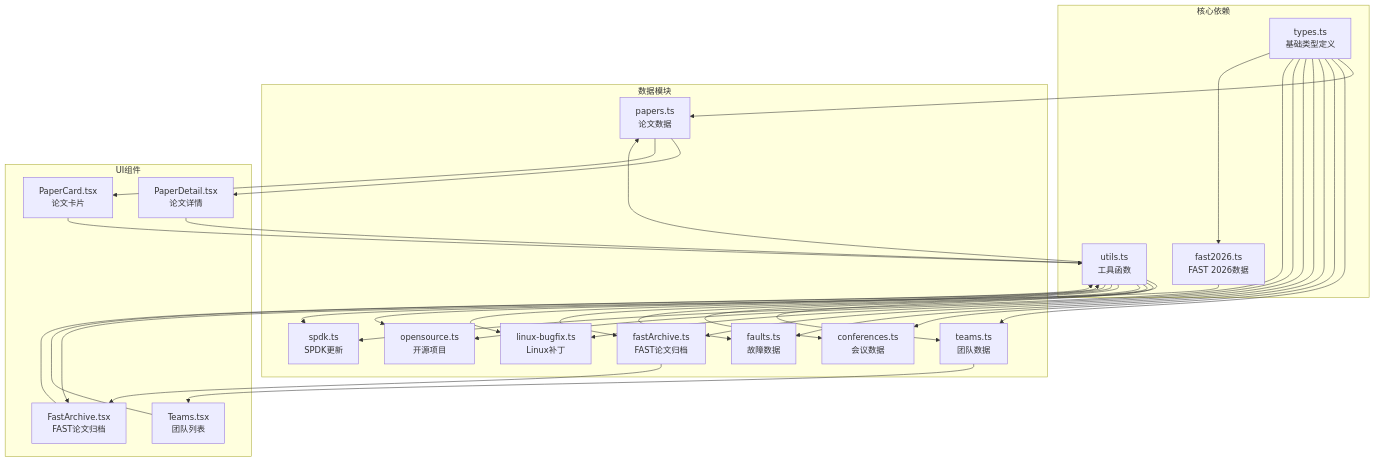
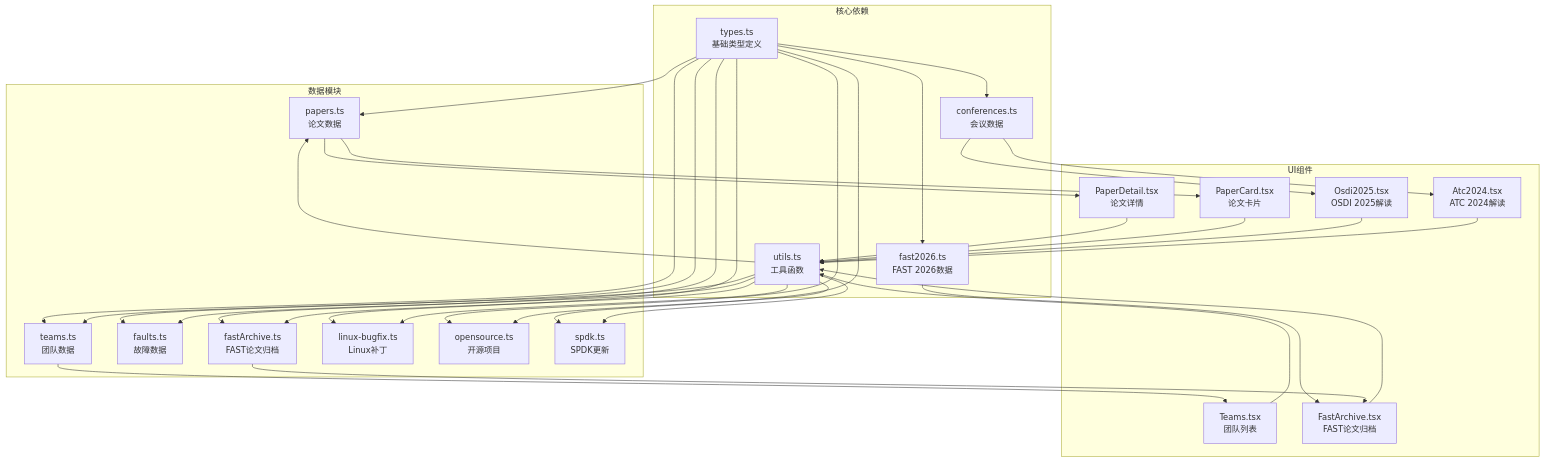
One commit to erikliu123/storage_ai_blog changed diagram 16 of 18 in .qoder/repowiki/zh/content/数据模型/数据模型.md. Above: the diagram before and after it, drawn with Mermaid. The commit also changed other lines of this file and 80 other files, not shown here.

````diff
--- a/.qoder/repowiki/zh/content/数据模型/数据模型.md
+++ b/.qoder/repowiki/zh/content/数据模型/数据模型.md
@@ -631,50 +748,55 @@
 ```mermaid
 graph TD
 subgraph "核心依赖"
 A[types.ts<br/>基础类型定义]
 B[utils.ts<br/>工具函数]
-C[fast2026.ts<br/>FAST 2026数据]
+C[conferences.ts<br/>会议数据]
+D[fast2026.ts<br/>FAST 2026数据]
 end
 subgraph "数据模块"
-D[papers.ts<br/>论文数据]
-E[teams.ts<br/>团队数据]
-F[conferences.ts<br/>会议数据]
+E[papers.ts<br/>论文数据]
+F[teams.ts<br/>团队数据]
 G[faults.ts<br/>故障数据]
 H[fastArchive.ts<br/>FAST论文归档]
 I[linux-bugfix.ts<br/>Linux补丁]
 J[opensource.ts<br/>开源项目]
 K[spdk.ts<br/>SPDK更新]
 end
 subgraph "UI组件"
 L[PaperDetail.tsx<br/>论文详情]
 M[Teams.tsx<br/>团队列表]
 N[PaperCard.tsx<br/>论文卡片]
 O[FastArchive.tsx<br/>FAST论文归档]
+P[Osdi2025.tsx<br/>OSDI 2025解读]
+Q[Atc2024.tsx<br/>ATC 2024解读]
 end
-A --> D
 A --> E
 A --> F
 A --> G
 A --> H
 A --> I
 A --> J
 A --> K
 A --> C
-B --> D
+A --> D
 B --> E
 B --> F
 B --> G
 B --> H
 B --> I
 B --> J
 B --> K
-C --> O
-D --> L
-D --> N
-E --> M
+C --> P
+C --> Q
+D --> O
+E --> L
+E --> N
+F --> M
 H --> O
 L --> B
 M --> B
 N --> B
 O --> B
+P --> B
+Q --> B
 ```
````
